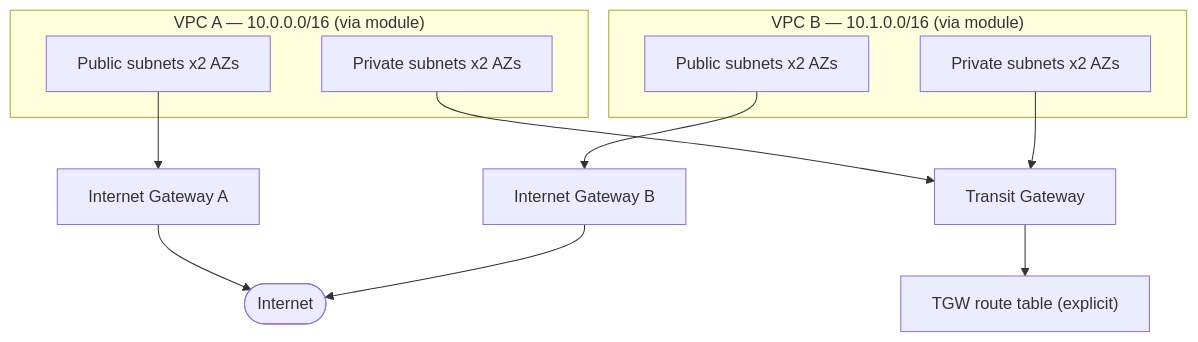
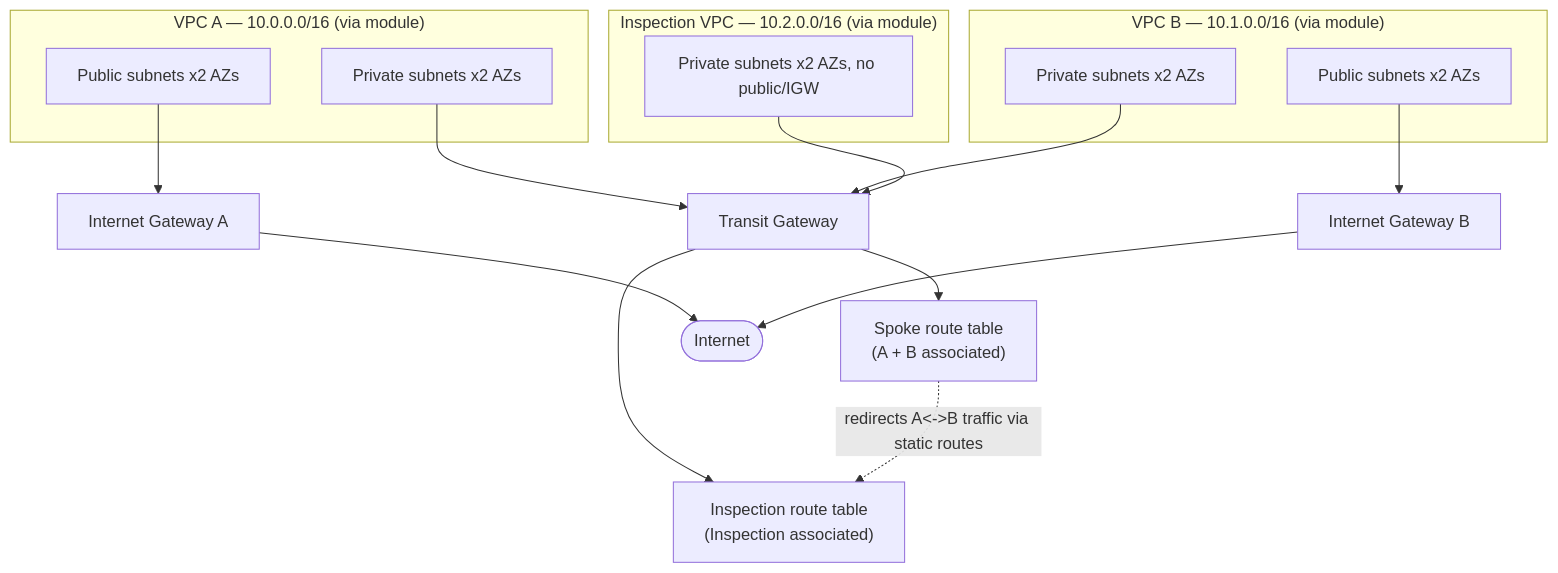
The diagram in README.md (BigJTheAdmin/aws-terraform-network-lab), drawn with Mermaid before and after one commit. The commit also changed other lines of this file, not shown here.

Commit message:
Enhance README with Inspection VPC details
Updated the description of the Inspection VPC and clarified the architecture of workload VPCs.

````diff
--- a/README.md
+++ b/README.md
@@ -15,24 +15,32 @@
 ```mermaid
 graph TB
     subgraph VPCA["VPC A — 10.0.0.0/16 (via module)"]
         A_pub["Public subnets x2 AZs"]
         A_priv["Private subnets x2 AZs"]
     end
 
     subgraph VPCB["VPC B — 10.1.0.0/16 (via module)"]
         B_pub["Public subnets x2 AZs"]
         B_priv["Private subnets x2 AZs"]
     end
 
+    subgraph VPCI["Inspection VPC — 10.2.0.0/16 (via module)"]
+        I_priv["Private subnets x2 AZs, no public/IGW"]
+    end
+
     IGW_A["Internet Gateway A"]
     IGW_B["Internet Gateway B"]
-    TGWRT["TGW route table (explicit)"]
     TGW["Transit Gateway"]
+    SpokeRT["Spoke route table<br/>(A + B associated)"]
+    InspRT["Inspection route table<br/>(Inspection associated)"]
     Internet(["Internet"])
 
     A_pub --> IGW_A --> Internet
     B_pub --> IGW_B --> Internet
     A_priv --> TGW
     B_priv --> TGW
-    TGW --> TGWRT
+    I_priv --> TGW
+    TGW --> SpokeRT
+    TGW --> InspRT
+    SpokeRT -. "redirects A<->B traffic via static routes" .-> InspRT
 ```
````
